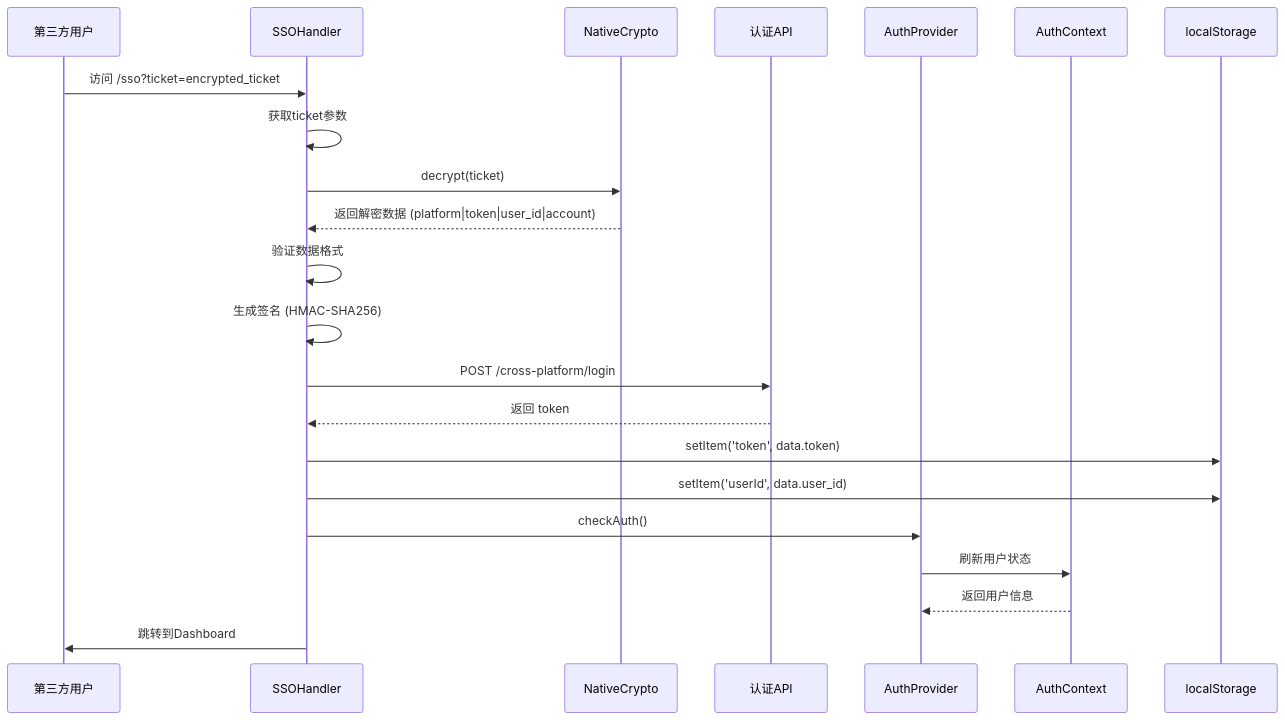
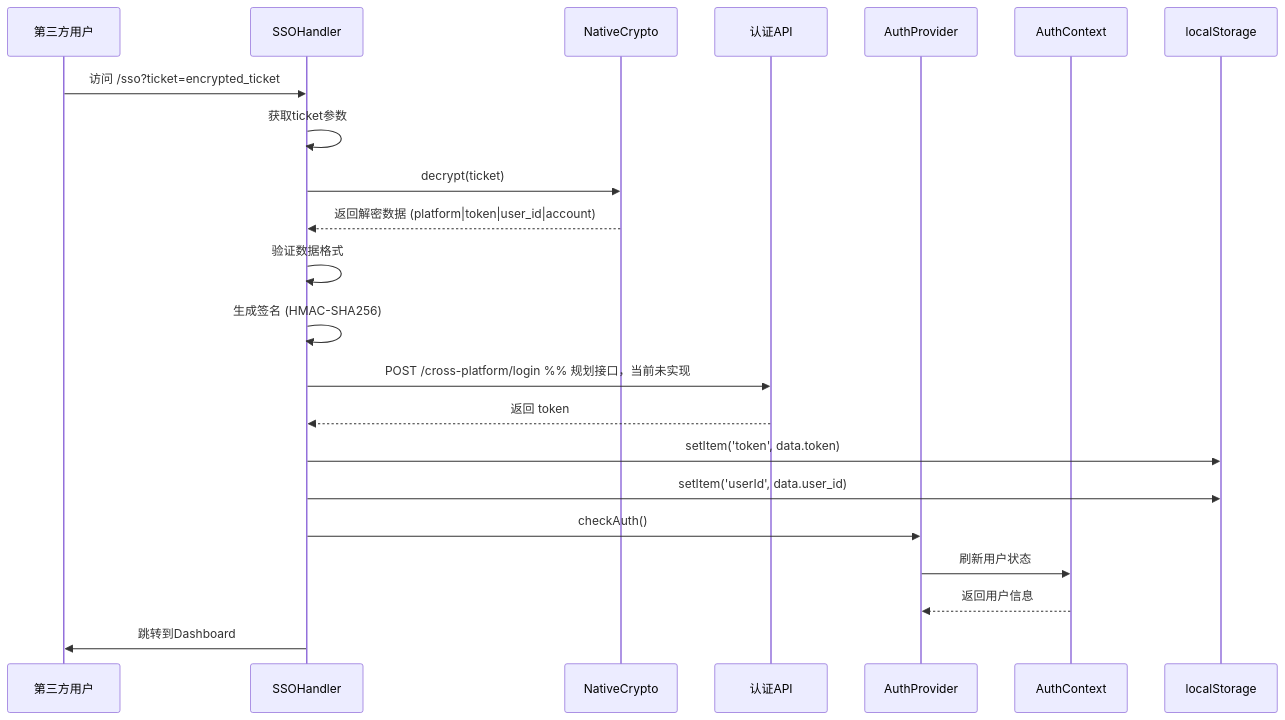
The second of 5 diagrams in docs/COMPONENT_INTERACTIONS.md (zhangx1234994/POD_AI), drawn with Mermaid before and after one commit. The commit also changed other lines of this file and 37 other files, not shown here.

````diff
--- a/docs/COMPONENT_INTERACTIONS.md
+++ b/docs/COMPONENT_INTERACTIONS.md
@@ -118,30 +123,30 @@
 ```mermaid
 sequenceDiagram
     participant U as 第三方用户
     participant S as SSOHandler
     participant N as NativeCrypto
     participant API as 认证API
     participant A as AuthProvider
     participant C as AuthContext
 
     U->>S: 访问 /sso?ticket=encrypted_ticket
     S->>S: 获取ticket参数
 
     S->>N: decrypt(ticket)
     N-->>S: 返回解密数据 (platform|token|user_id|account)
 
     S->>S: 验证数据格式
     S->>S: 生成签名 (HMAC-SHA256)
 
-    S->>API: POST /cross-platform/login
+    S->>API: POST /cross-platform/login  %% 规划接口，当前未实现
     API-->>S: 返回 token
 
     S->>localStorage: setItem('token', data.token)
     S->>localStorage: setItem('userId', data.user_id)
 
     S->>A: checkAuth()
     A->>C: 刷新用户状态
     C-->>A: 返回用户信息
 
     S->>U: 跳转到Dashboard
 ```
````
